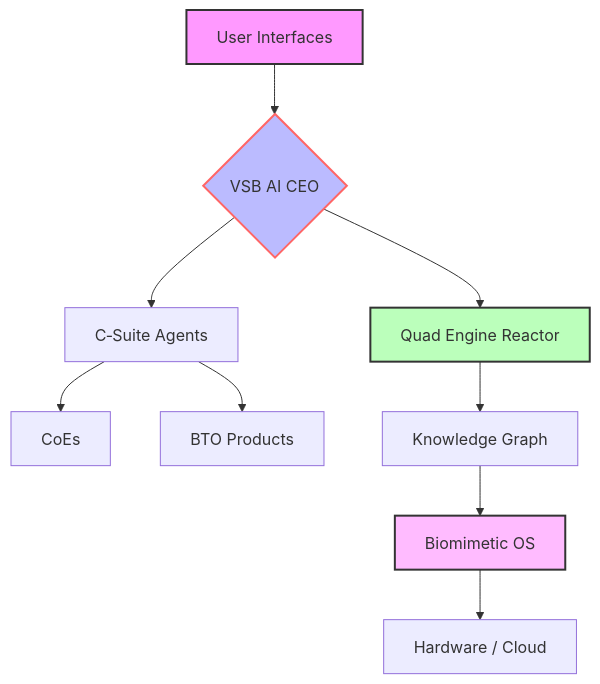
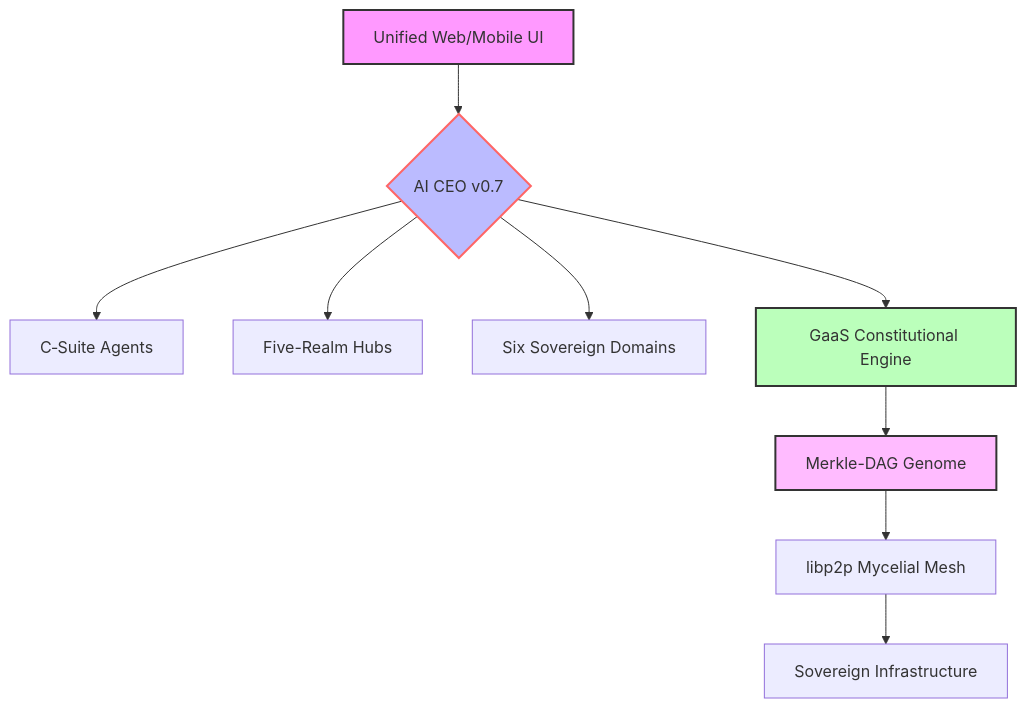
One commit to Rehan719/Workstation changed the diagram in README.md. Above: the diagram before and after it, drawn with Mermaid. The commit also changed other lines of this file and 9 other files, not shown here.

````diff
--- a/README.md
+++ b/README.md
@@ -38,15 +33,15 @@
 ```mermaid
 graph TD
-    A[User Interfaces] --> B{VSB AI CEO}
+    A[Unified Web/Mobile UI] --> B{AI CEO v0.7}
     B --> C[C‑Suite Agents]
-    C --> D[CoEs]
-    C --> E[BTO Products]
-    B --> F[Quad Engine Reactor]
-    F --> G[Knowledge Graph]
-    G --> H[Biomimetic OS]
-    H --> I[Hardware / Cloud]
+    B --> D[Five-Realm Hubs]
+    B --> E[Six Sovereign Domains]
+    B --> F[GaaS Constitutional Engine]
+    F --> G[Merkle-DAG Genome]
+    G --> H[libp2p Mycelial Mesh]
+    H --> I[Sovereign Infrastructure]
     style A fill:#f9f,stroke:#333,stroke-width:2px
     style B fill:#bbf,stroke:#f66,stroke-width:2px
     style F fill:#bfb,stroke:#333,stroke-width:2px
-    style H fill:#fbf,stroke:#333,stroke-width:2px
+    style G fill:#fbf,stroke:#333,stroke-width:2px
 ```
````
